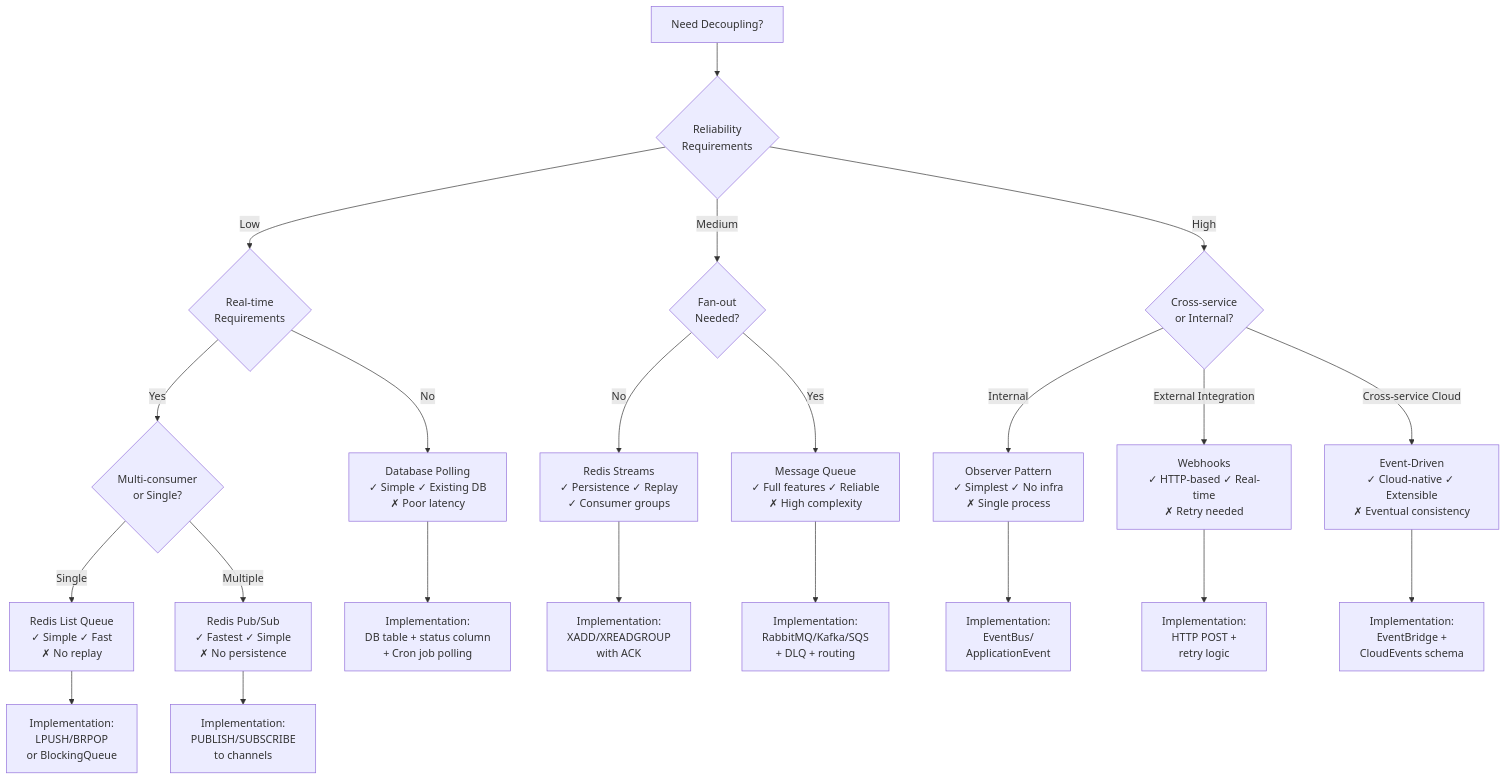
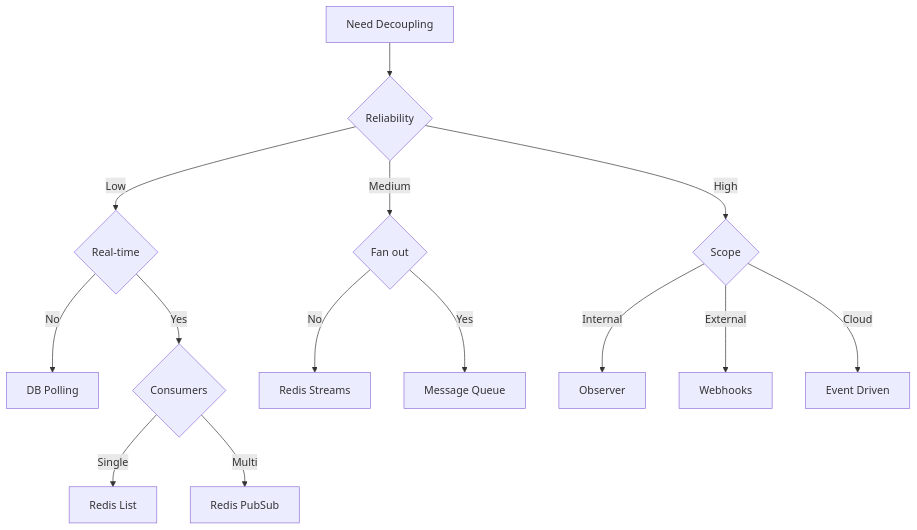
One commit to YiWang24/AiDIY changed the fifth of 5 diagrams in docs/cs/system-design/messaging-analytics-layer.mdx. Above: the diagram before and after it, drawn with Mermaid. The commit also changed other lines of this file and 9 other files, not shown here.

First line of the commit message:
feat(docs): add comprehensive Mermaid diagrams to system design documentation

````diff
--- a/docs/cs/system-design/messaging-analytics-layer.mdx
+++ b/docs/cs/system-design/messaging-analytics-layer.mdx
@@ -326,29 +1386,20 @@
 ```mermaid
 flowchart TD
-    A[Need Decoupling?] --> B{Reliability<br/>Requirements}
-    B -->|Low| C{Real-time<br/>Requirements}
-    B -->|Medium| D{Fan-out<br/>Needed?}
-    B -->|High| E{Cross-service<br/>or Internal?}
+    A[Need Decoupling] --> B{Reliability}
+    B -->|Low| C{Real-time}
+    B -->|Medium| D{Fan out}
+    B -->|High| E{Scope}
 
-    C -->|No| F[Database Polling<br/>✓ Simple ✓ Existing DB<br/>✗ Poor latency]
-    C -->|Yes| G{Multi-consumer<br/>or Single?}
+    C -->|No| F[DB Polling]
+    C -->|Yes| G{Consumers}
 
-    G -->|Single| H[Redis List Queue<br/>✓ Simple ✓ Fast<br/>✗ No replay]
-    G -->|Multiple| I[Redis Pub/Sub<br/>✓ Fastest ✓ Simple<br/>✗ No persistence]
+    G -->|Single| H[Redis List]
+    G -->|Multi| I[Redis PubSub]
 
-    D -->|No| J[Redis Streams<br/>✓ Persistence ✓ Replay<br/>✓ Consumer groups]
-    D -->|Yes| K[Message Queue<br/>✓ Full features ✓ Reliable<br/>✗ High complexity]
+    D -->|No| J[Redis Streams]
+    D -->|Yes| K[Message Queue]
 
-    E -->|Internal| L[Observer Pattern<br/>✓ Simplest ✓ No infra<br/>✗ Single process]
-    E -->|External Integration| M[Webhooks<br/>✓ HTTP-based ✓ Real-time<br/>✗ Retry needed]
-    E -->|Cross-service Cloud| N[Event-Driven<br/>✓ Cloud-native ✓ Extensible<br/>✗ Eventual consistency]
-
-    F --> O[Implementation:<br/>DB table + status column<br/>+ Cron job polling]
-    H --> P[Implementation:<br/>LPUSH/BRPOP<br/>or BlockingQueue]
-    I --> Q[Implementation:<br/>PUBLISH/SUBSCRIBE<br/>to channels]
-    J --> R[Implementation:<br/>XADD/XREADGROUP<br/>with ACK]
-    K --> S[Implementation:<br/>RabbitMQ/Kafka/SQS<br/>+ DLQ + routing]
-    L --> T[Implementation:<br/>EventBus/<br/>ApplicationEvent]
-    M --> U[Implementation:<br/>HTTP POST +<br/>retry logic]
-    N --> V[Implementation:<br/>EventBridge +<br/>CloudEvents schema]
+    E -->|Internal| L[Observer]
+    E -->|External| M[Webhooks]
+    E -->|Cloud| N[Event Driven]
 ```
````
